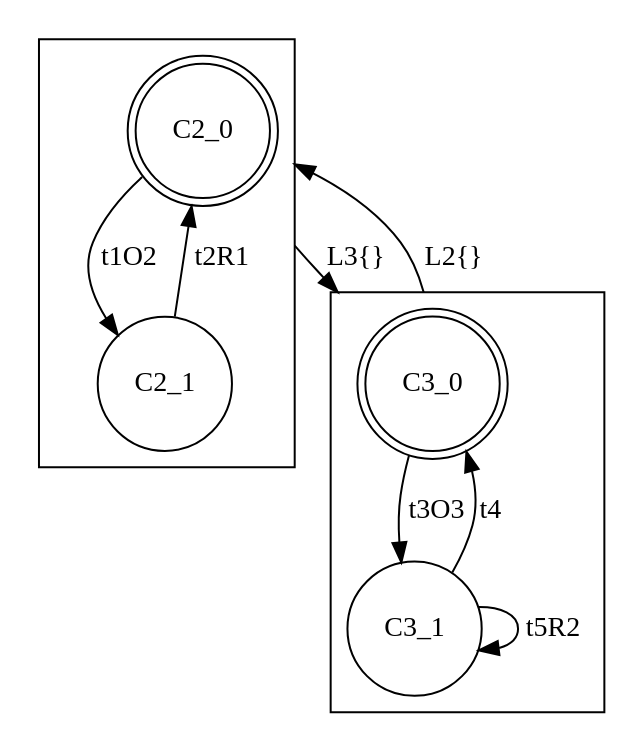
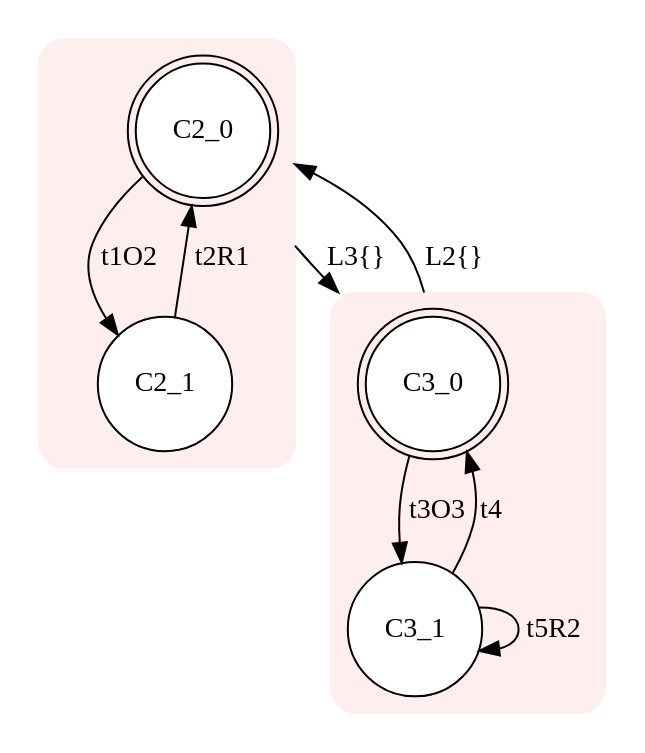
The diagram in input/e.dot (Stefano-BS/Explanatory-Diagnosis), drawn with Graphviz before and after one commit. The commit also changed 69 other files, not shown here.

```diff
--- a/input/e.dot
+++ b/input/e.dot
@@ -1,17 +1,18 @@
 digraph "input/e" {
-size="8,5"
-compound=true
-subgraph cluster2 {node [shape=doublecircle]; C2_0;
+node [style=filled fillcolor=white] compound=true
+subgraph cluster2 {
+style="rounded,filled" color="#FFEEEE"node [shape=doublecircle]; C2_0;
 node [shape=circle];
 C2_0 -> C2_1 [label="t1O2"];
 C2_1 -> C2_0 [label="t2R1"];
 }
-subgraph cluster3 {node [shape=doublecircle]; C3_0;
+subgraph cluster3 {
+style="rounded,filled" color="#FFEEEE"node [shape=doublecircle]; C3_0;
 node [shape=circle];
 C3_0 -> C3_1 [label="t3O3"];
 C3_1 -> C3_0 [label="t4"];
 C3_1 -> C3_1 [label="t5R2"];
 }
 C3_0 -> C2_0 [ltail=cluster3 lhead=cluster2 label="L2{}"];
 C2_0 -> C3_0 [ltail=cluster2 lhead=cluster3 label="L3{}"];
 }
```
